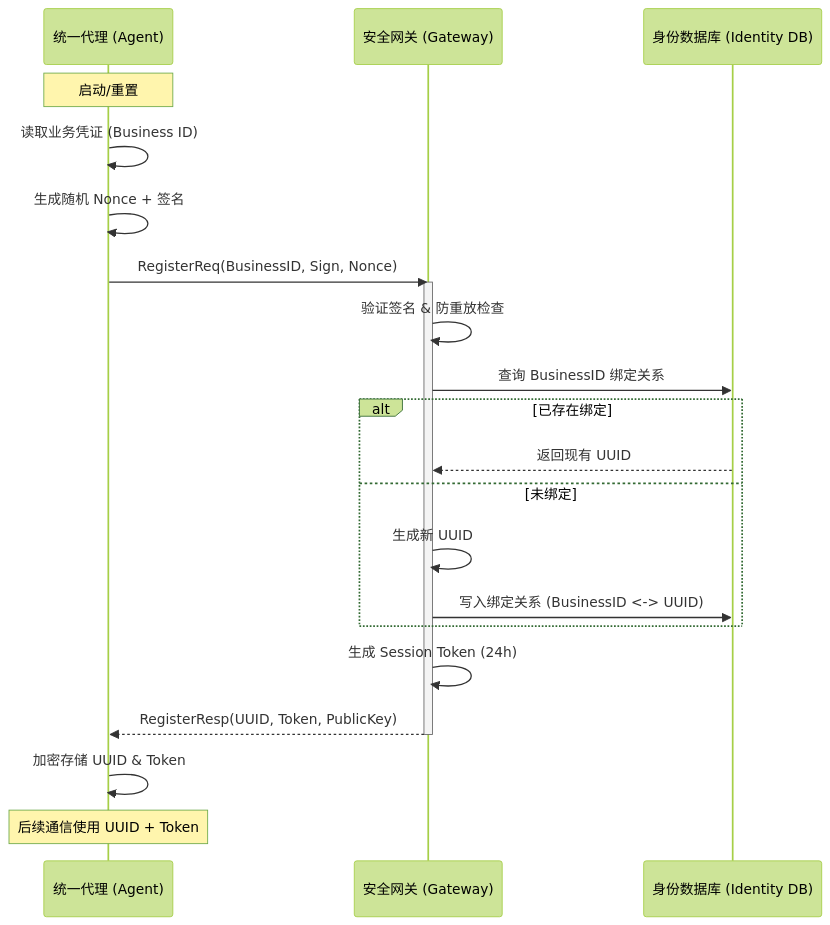
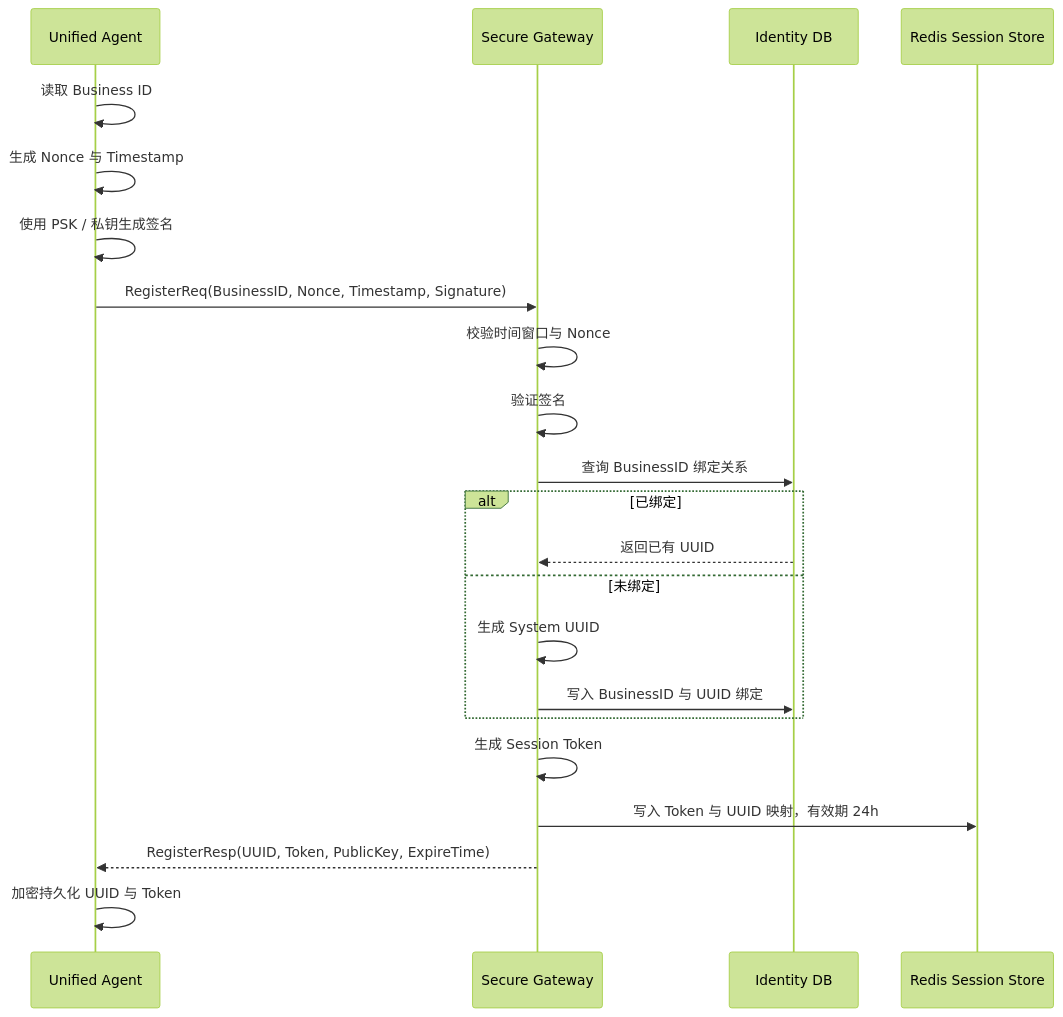
Before and after one commit to DavidHLP/DavidHLP.github.io: the third of 13 diagrams in src/content/note/zh-cn/uisa-architecture-design.md, drawn with Mermaid (forest theme). The commit also changed other lines of this file and 41 other files, not shown here.

````diff
--- a/src/content/note/zh-cn/uisa-architecture-design.md
+++ b/src/content/note/zh-cn/uisa-architecture-design.md
@@ -54,30 +218,29 @@
 ```mermaid
 sequenceDiagram
-    participant Agent as 统一代理 (Agent)
-    participant Gateway as 安全网关 (Gateway)
-    participant IdentityDB as 身份数据库 (Identity DB)
+    participant Agent as Unified Agent
+    participant Gateway as Secure Gateway
+    participant IdentityDB as Identity DB
+    participant Redis as Redis Session Store
 
-    Note over Agent: 启动/重置
-    Agent->>Agent: 读取业务凭证 (Business ID)
-    Agent->>Agent: 生成随机 Nonce + 签名
-    
-    Agent->>Gateway: RegisterReq(BusinessID, Sign, Nonce)
-    
-    activate Gateway
-    Gateway->>Gateway: 验证签名 & 防重放检查
+    Agent->>Agent: 读取 Business ID
+    Agent->>Agent: 生成 Nonce 与 Timestamp
+    Agent->>Agent: 使用 PSK / 私钥生成签名
+    Agent->>Gateway: RegisterReq(BusinessID, Nonce, Timestamp, Signature)
+
+    Gateway->>Gateway: 校验时间窗口与 Nonce
+    Gateway->>Gateway: 验证签名
     Gateway->>IdentityDB: 查询 BusinessID 绑定关系
-    
-    alt 已存在绑定
-        IdentityDB-->>Gateway: 返回现有 UUID
+
+    alt 已绑定
+        IdentityDB-->>Gateway: 返回已有 UUID
     else 未绑定
-        Gateway->>Gateway: 生成新 UUID
-        Gateway->>IdentityDB: 写入绑定关系 (BusinessID <-> UUID)
+        Gateway->>Gateway: 生成 System UUID
+        Gateway->>IdentityDB: 写入 BusinessID 与 UUID 绑定
     end
-    
-    Gateway->>Gateway: 生成 Session Token (24h)
-    Gateway-->>Agent: RegisterResp(UUID, Token, PublicKey)
-    deactivate Gateway
-    
-    Agent->>Agent: 加密存储 UUID & Token
-    Note over Agent: 后续通信使用 UUID + Token
+
+    Gateway->>Gateway: 生成 Session Token
+    Gateway->>Redis: 写入 Token 与 UUID 映射，有效期 24h
+    Gateway-->>Agent: RegisterResp(UUID, Token, PublicKey, ExpireTime)
+
+    Agent->>Agent: 加密持久化 UUID 与 Token
 ```
````
